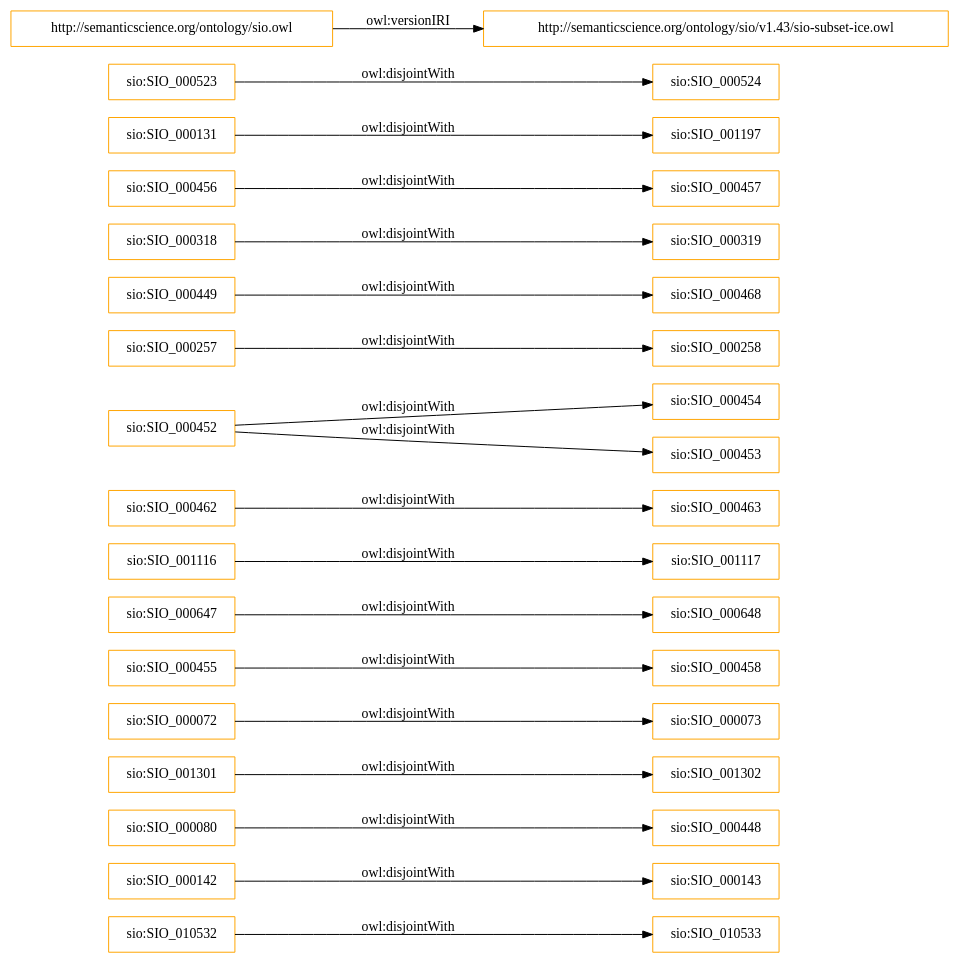
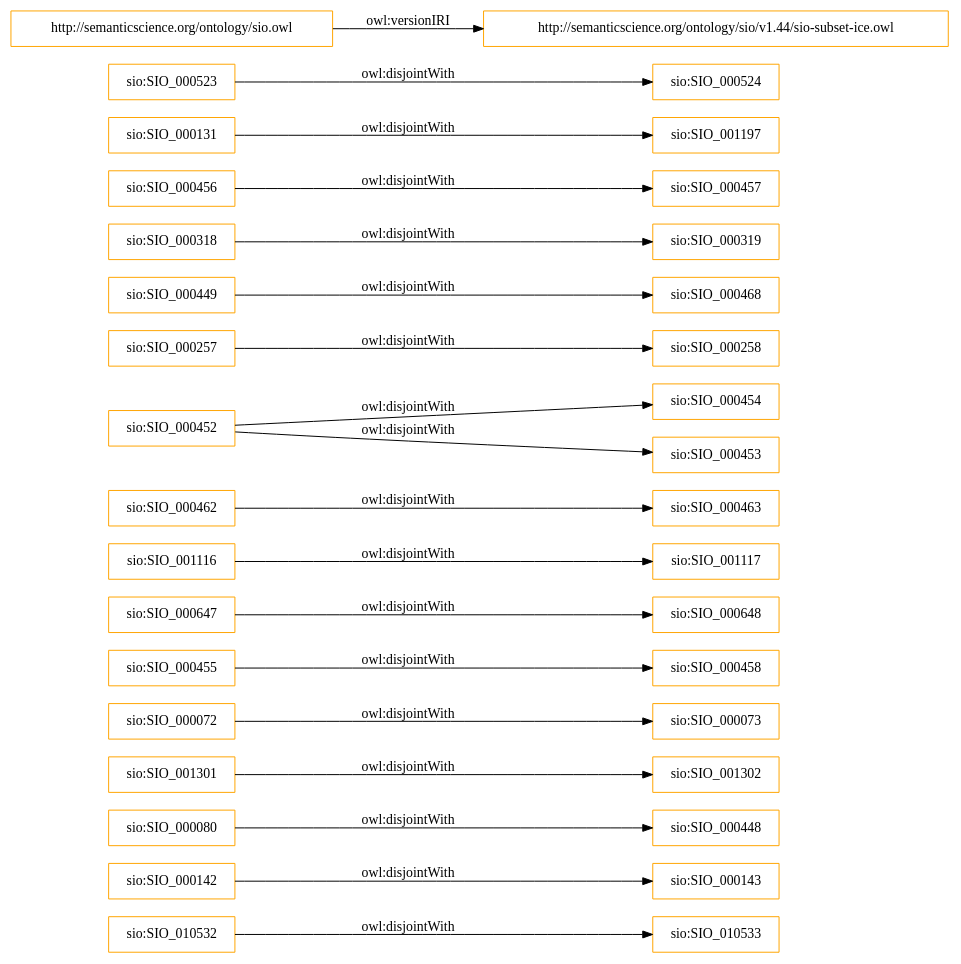
The diagram in OnToology/ontology/sio/release/sio-subset-ice.owl/diagrams/ar2dtool-class/sio-subset-ice.owl.png.dot (MaastrichtU-IDS/semanticscience), drawn with Graphviz before and after one commit. The commit also changed 127 other files, not shown here.

```diff
--- a/OnToology/ontology/sio/release/sio-subset-ice.owl/diagrams/ar2dtool-class/sio-subset-ice.owl.png.dot
+++ b/OnToology/ontology/sio/release/sio-subset-ice.owl/diagrams/ar2dtool-class/sio-subset-ice.owl.png.dot
@@ -1,24 +1,24 @@
 digraph ar2dtool_diagram { 
 rankdir=LR;
 size="1501"
 node [shape = rectangle, color="orange"]; "sio:SIO_010532" "sio:SIO_000142" "sio:SIO_000448" "sio:SIO_001302" "sio:SIO_000073" "sio:SIO_000458" "sio:SIO_000648" "sio:SIO_001117" "sio:SIO_000463" "sio:SIO_000080" "sio:SIO_000455" "sio:SIO_000452" "sio:SIO_000257" "sio:SIO_000468" "sio:SIO_001301" "sio:SIO_000319" "sio:SIO_000318" "sio:SIO_000457" "sio:SIO_001197" "sio:SIO_000647" "sio:SIO_000524" "sio:SIO_000449" "sio:SIO_001116" "sio:SIO_000454" "sio:SIO_000143" "sio:SIO_010533" "sio:SIO_000453" "sio:SIO_000462" "sio:SIO_000072" "sio:SIO_000131" "sio:SIO_000456" "sio:SIO_000523" "sio:SIO_000258" ; /*classes style*/
 	"sio:SIO_000257" -> "sio:SIO_000258" [ label = "owl:disjointWith" ];
 	"sio:SIO_001301" -> "sio:SIO_001302" [ label = "owl:disjointWith" ];
-	"http://semanticscience.org/ontology/sio.owl" -> "http://semanticscience.org/ontology/sio/v1.43/sio-subset-ice.owl" [ label = "owl:versionIRI" ];
+	"http://semanticscience.org/ontology/sio.owl" -> "http://semanticscience.org/ontology/sio/v1.44/sio-subset-ice.owl" [ label = "owl:versionIRI" ];
 	"sio:SIO_000452" -> "sio:SIO_000453" [ label = "owl:disjointWith" ];
 	"sio:SIO_000452" -> "sio:SIO_000454" [ label = "owl:disjointWith" ];
 	"sio:SIO_000455" -> "sio:SIO_000458" [ label = "owl:disjointWith" ];
 	"sio:SIO_000449" -> "sio:SIO_000468" [ label = "owl:disjointWith" ];
 	"sio:SIO_000523" -> "sio:SIO_000524" [ label = "owl:disjointWith" ];
 	"sio:SIO_001116" -> "sio:SIO_001117" [ label = "owl:disjointWith" ];
 	"sio:SIO_000131" -> "sio:SIO_001197" [ label = "owl:disjointWith" ];
 	"sio:SIO_000080" -> "sio:SIO_000448" [ label = "owl:disjointWith" ];
 	"sio:SIO_000462" -> "sio:SIO_000463" [ label = "owl:disjointWith" ];
 	"sio:SIO_000318" -> "sio:SIO_000319" [ label = "owl:disjointWith" ];
 	"sio:SIO_000142" -> "sio:SIO_000143" [ label = "owl:disjointWith" ];
 	"sio:SIO_000456" -> "sio:SIO_000457" [ label = "owl:disjointWith" ];
 	"sio:SIO_000647" -> "sio:SIO_000648" [ label = "owl:disjointWith" ];
 	"sio:SIO_010532" -> "sio:SIO_010533" [ label = "owl:disjointWith" ];
 	"sio:SIO_000072" -> "sio:SIO_000073" [ label = "owl:disjointWith" ];
 
 }
```
